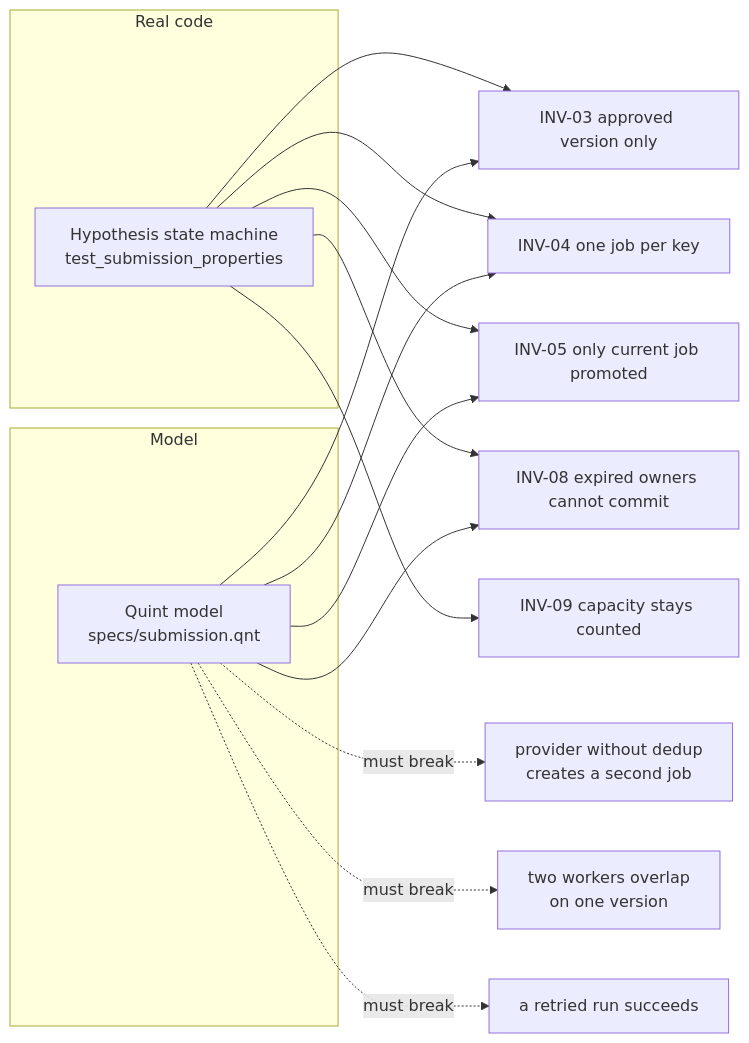
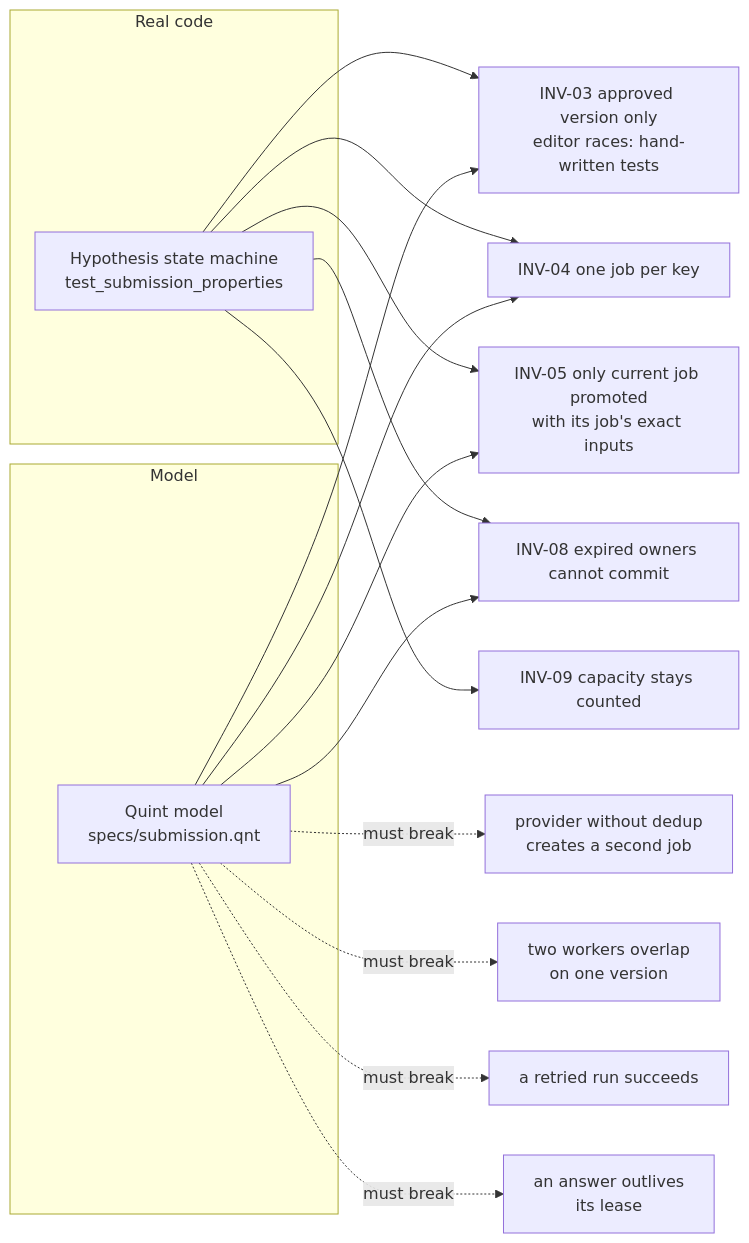
One commit to woolnerd/media-qc-agent changed diagram 11 of 11 in docs/diagrams.md. Above: the diagram before and after it, drawn with Mermaid. The commit also changed 4 other files, not shown here.

````diff
--- a/docs/diagrams.md
+++ b/docs/diagrams.md
@@ -374,21 +374,22 @@
 ```mermaid
 flowchart LR
     subgraph Real code
         H[Hypothesis state machine<br/>test_submission_properties]
     end
     subgraph Model
         Q[Quint model<br/>specs/submission.qnt]
     end
-    H --> I3[INV-03 approved version only]
+    H --> I3[INV-03 approved version only<br/>editor races: hand-written tests]
     H --> I4[INV-04 one job per key]
-    H --> I5[INV-05 only current job promoted]
+    H --> I5[INV-05 only current job promoted<br/>with its job's exact inputs]
     H --> I8[INV-08 expired owners cannot commit]
     H --> I9[INV-09 capacity stays counted]
     Q --> I3
     Q --> I4
     Q --> I5
     Q --> I8
     Q -. must break .-> W1[provider without dedup<br/>creates a second job]
     Q -. must break .-> W2[two workers overlap<br/>on one version]
     Q -. must break .-> W3[a retried run succeeds]
+    Q -. must break .-> W4[an answer outlives<br/>its lease]
 ```
````
